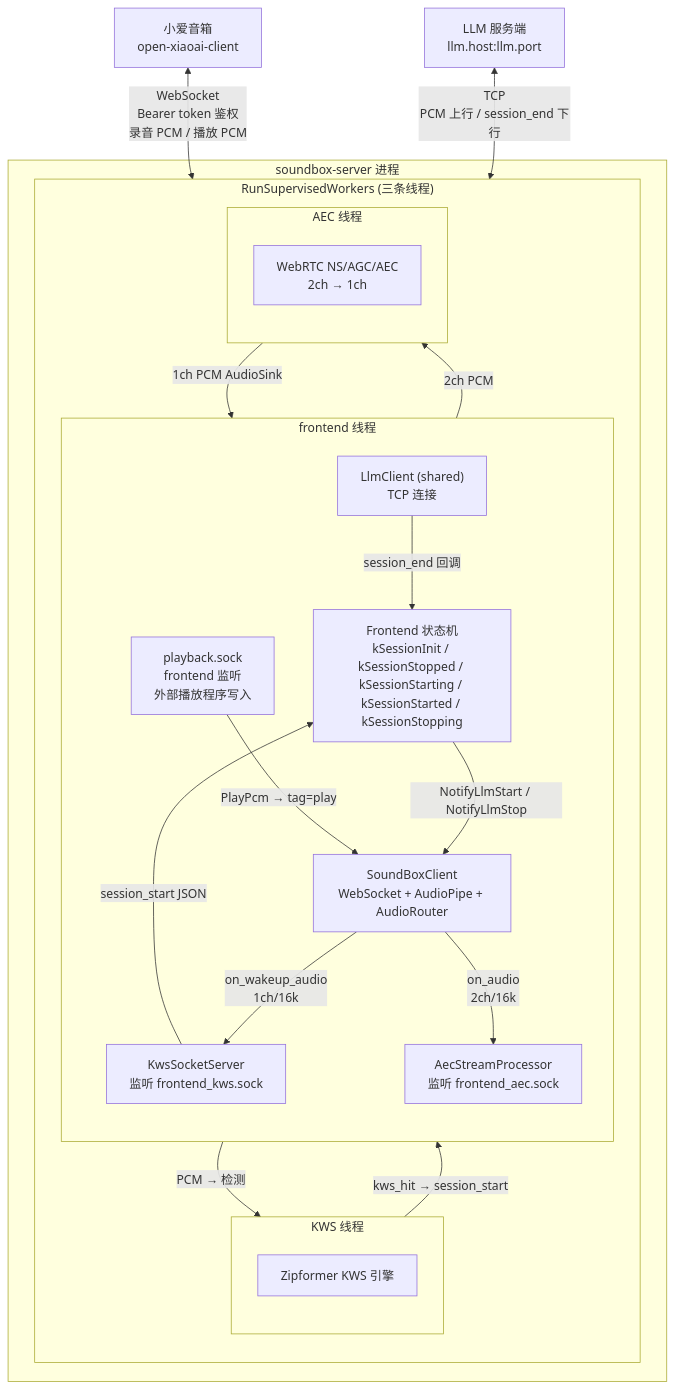
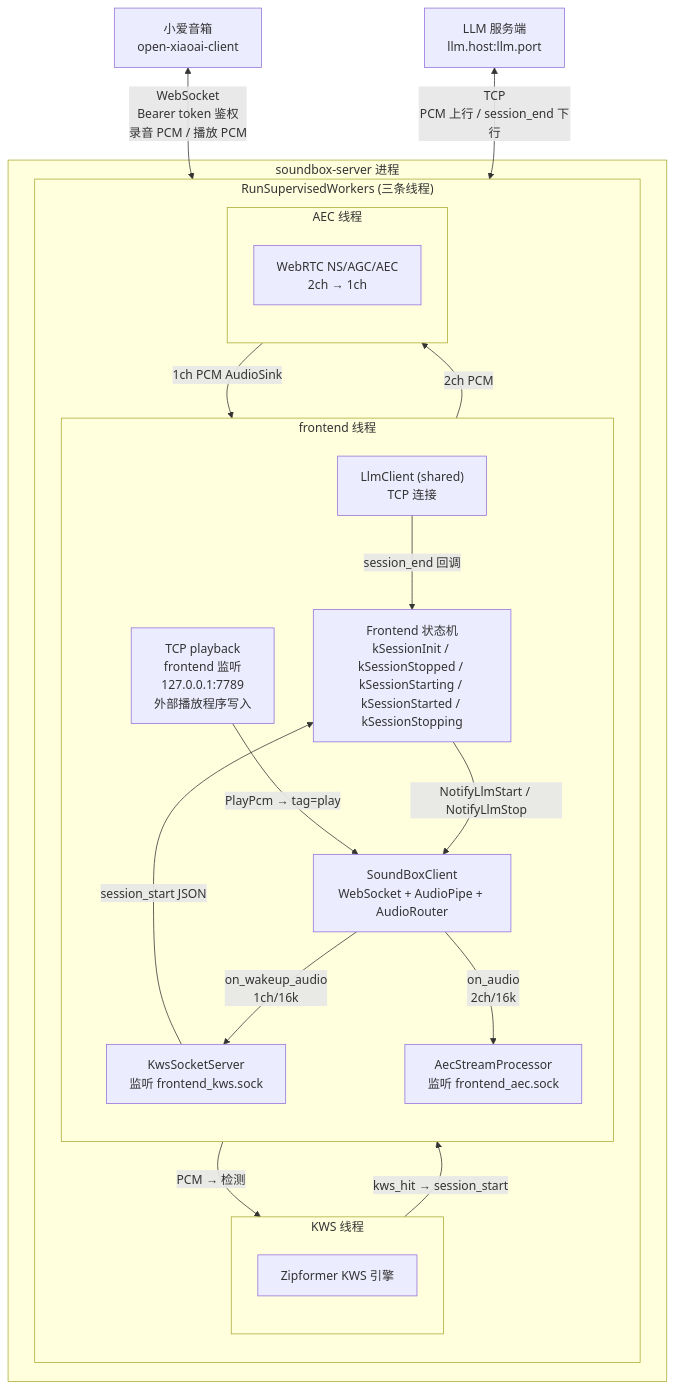
Before and after one commit to hengwu0/soundbox-server: the first of 5 diagrams in README.md, drawn with Mermaid. The commit also changed other lines of this file and 7 other files, not shown here.

````diff
--- a/README.md
+++ b/README.md
@@ -11,44 +11,44 @@
 ```mermaid
 graph TB
     XIAOAI["小爱音箱<br/>open-xiaoai-client"]
 
     subgraph process["soundbox-server 进程"]
         subgraph supervisor["RunSupervisedWorkers (三条线程)"]
             direction TB
 
             subgraph frontend_thread["frontend 线程"]
                 direction TB
                 FSM["Frontend 状态机<br/>kSessionInit / kSessionStopped / kSessionStarting / kSessionStarted / kSessionStopping"]
                 SB["SoundBoxClient<br/>WebSocket + AudioPipe + AudioRouter"]
                 LLMC["LlmClient (shared)<br/>TCP 连接"]
-                PLAY["playback.sock<br/>frontend 监听<br/>外部播放程序写入"]
+                PLAY["TCP playback<br/>frontend 监听<br/>127.0.0.1:7789<br/>外部播放程序写入"]
 
                 SB --> |"on_wakeup_audio<br/>1ch/16k"| KWS_SOCK
                 SB --> |"on_audio<br/>2ch/16k"| AEC_SOCK
                 KWS_SOCK --> |"session_start JSON"| FSM
                 FSM --> |"NotifyLlmStart / NotifyLlmStop"| SB
                 LLMC --> |"session_end 回调"| FSM
                 PLAY --> |"PlayPcm → tag=play"| SB
             end
 
             subgraph kws_thread["KWS 线程"]
                 direction TB
                 KWS_SOCK["KwsSocketServer<br/>监听 frontend_kws.sock"]
                 KWS_ENG["Zipformer KWS 引擎"]
                 KWS_SOCK --> |"PCM → 检测"| KWS_ENG
                 KWS_ENG --> |"kws_hit → session_start"| KWS_SOCK
             end
 
             subgraph aec_thread["AEC 线程"]
                 direction TB
                 AEC_SOCK["AecStreamProcessor<br/>监听 frontend_aec.sock"]
                 AEC_PROC["WebRTC NS/AGC/AEC<br/>2ch → 1ch"]
                 AEC_SOCK --> |"2ch PCM"| AEC_PROC
                 AEC_PROC --> |"1ch PCM AudioSink"| LLMC
             end
         end
     end
 
     XIAOAI <--> |"WebSocket<br/>Bearer token 鉴权<br/>录音 PCM / 播放 PCM"| SB
     LLMS["LLM 服务端<br/>llm.host:llm.port"] <--> |"TCP<br/>PCM 上行 / session_end 下行"| LLMC
 ```
````
